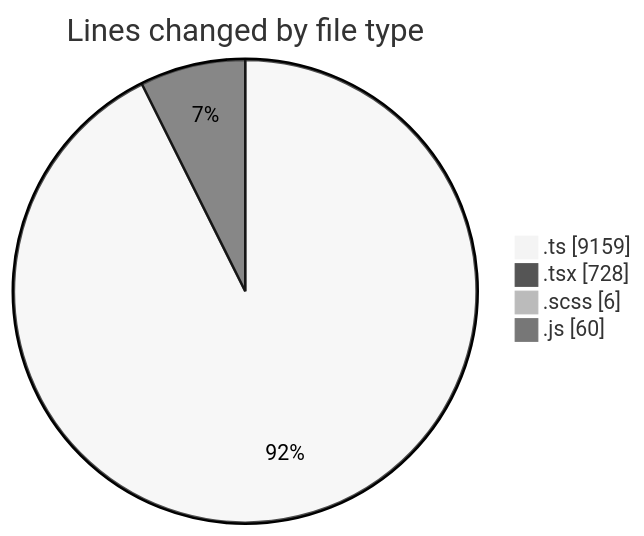
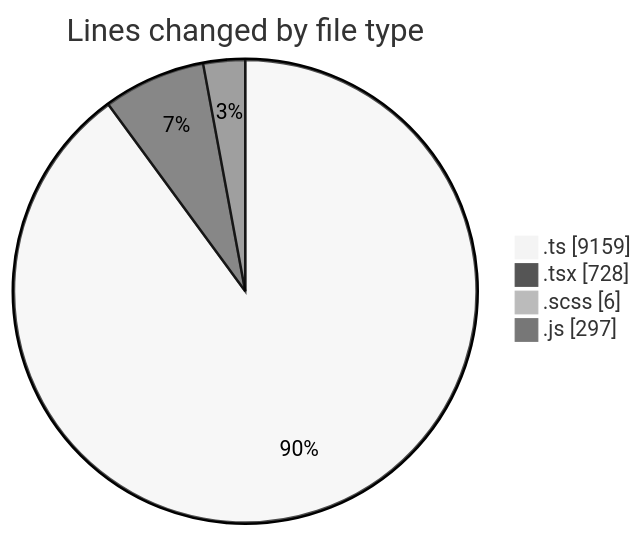
One commit to momahboobian/code-tracking changed the first of 2 diagrams in 2026-03-17/cda/README.md. Above: the diagram before and after it, drawn with Mermaid (neutral theme). The commit also changed other lines of this file and 1 other file, not shown here.

````diff
--- a/2026-03-17/cda/README.md
+++ b/2026-03-17/cda/README.md
@@ -27,8 +28,8 @@
 ```mermaid
 pie showData
 title Lines changed by file type
 ".ts" : 9159
 ".tsx" : 728
 ".scss" : 6
-".js" : 60
+".js" : 297
 ```
````
